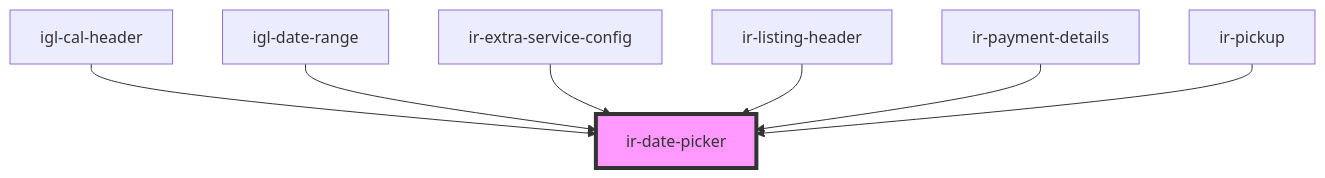
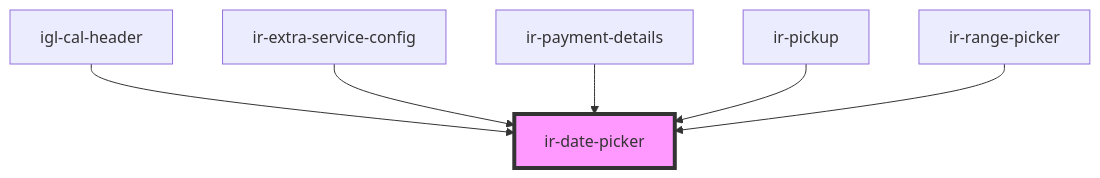
The diagram in src/components/ui/ir-date-picker/readme.md (RonyRizk/ir-webcmp), drawn with Mermaid before and after one commit. The commit also changed other lines of this file and 293 other files, not shown here.

````diff
--- a/src/components/ui/ir-date-picker/readme.md
+++ b/src/components/ui/ir-date-picker/readme.md
@@ -72,10 +74,9 @@
 ```mermaid
 graph TD;
   igl-cal-header --> ir-date-picker
-  igl-date-range --> ir-date-picker
   ir-extra-service-config --> ir-date-picker
-  ir-listing-header --> ir-date-picker
   ir-payment-details --> ir-date-picker
   ir-pickup --> ir-date-picker
+  ir-range-picker --> ir-date-picker
   style ir-date-picker fill:#f9f,stroke:#333,stroke-width:4px
 ```
````
